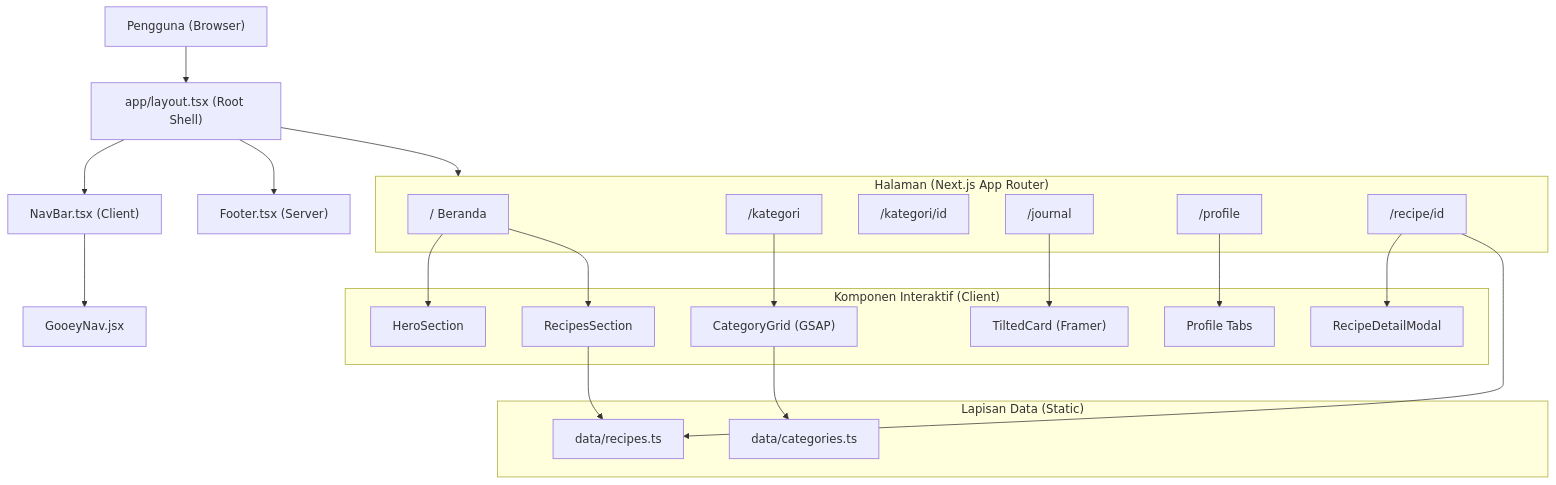
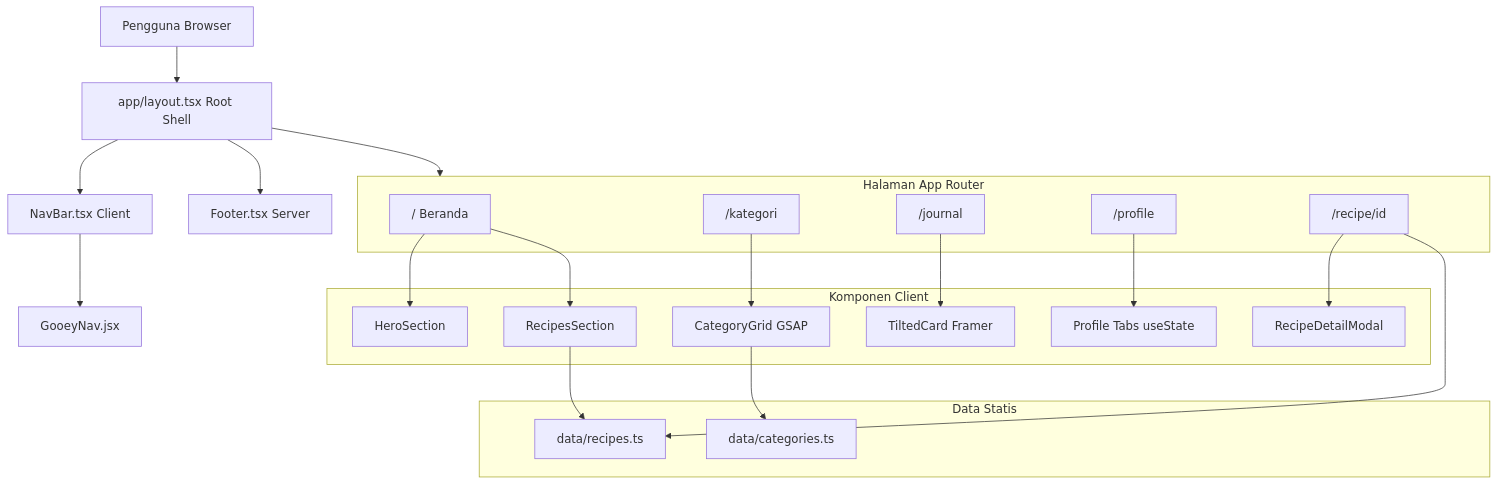
The first of 5 diagrams in technical_guide.md (nabilkencana/Resep-Makanan-Frontend), drawn with Mermaid before and after one commit. The commit also changed other lines of this file and 1 other file, not shown here.

Commit message:
docs: update technical and simple project guides with detailed architecture and component information

````diff
--- a/technical_guide.md
+++ b/technical_guide.md
@@ -79,48 +214,47 @@
 ```mermaid
 graph TD
-    Browser["Pengguna (Browser)"]
-    Layout["app/layout.tsx (Root Shell)"]
-    NavBar["NavBar.tsx (Client)"]
+    Browser["Pengguna Browser"]
+    Layout["app/layout.tsx Root Shell"]
+    NavBar["NavBar.tsx Client"]
     GooeyNav["GooeyNav.jsx"]
-    Footer["Footer.tsx (Server)"]
+    Footer["Footer.tsx Server"]
 
-    subgraph Pages ["Halaman (Next.js App Router)"]
+    subgraph Pages ["Halaman App Router"]
         Home["/ Beranda"]
         Kategori["/kategori"]
-        KategoriDetail["/kategori/id"]
         Journal["/journal"]
         Profile["/profile"]
         RecipeDetail["/recipe/id"]
     end
 
-    subgraph DataLayer ["Lapisan Data (Static)"]
+    subgraph DataLayer ["Data Statis"]
         RecipesData["data/recipes.ts"]
         CategoriesData["data/categories.ts"]
     end
 
-    subgraph ClientComponents ["Komponen Interaktif (Client)"]
-        HeroSection["HeroSection"]
-        RecipesSection["RecipesSection"]
-        CategoryGrid["CategoryGrid (GSAP)"]
-        TiltedCard["TiltedCard (Framer)"]
-        RecipeModal["RecipeDetailModal"]
-        ProfileTabs["Profile Tabs"]
+    subgraph ClientComp ["Komponen Client"]
+        HeroSec["HeroSection"]
+        RecSec["RecipesSection"]
+        CatGrid["CategoryGrid GSAP"]
+        TCard["TiltedCard Framer"]
+        Modal["RecipeDetailModal"]
+        ProfTabs["Profile Tabs useState"]
     end
 
     Browser --> Layout
     Layout --> NavBar
     Layout --> Pages
     Layout --> Footer
     NavBar --> GooeyNav
 
-    Home --> HeroSection
-    Home --> RecipesSection
-    Kategori --> CategoryGrid
-    Journal --> TiltedCard
-    Profile --> ProfileTabs
-    RecipeDetail --> RecipeModal
+    Home --> HeroSec
+    Home --> RecSec
+    Kategori --> CatGrid
+    Journal --> TCard
+    Profile --> ProfTabs
+    RecipeDetail --> Modal
 
-    RecipesSection --> RecipesData
-    CategoryGrid --> CategoriesData
+    RecSec --> RecipesData
+    CatGrid --> CategoriesData
     RecipeDetail --> RecipesData
 ```
````
